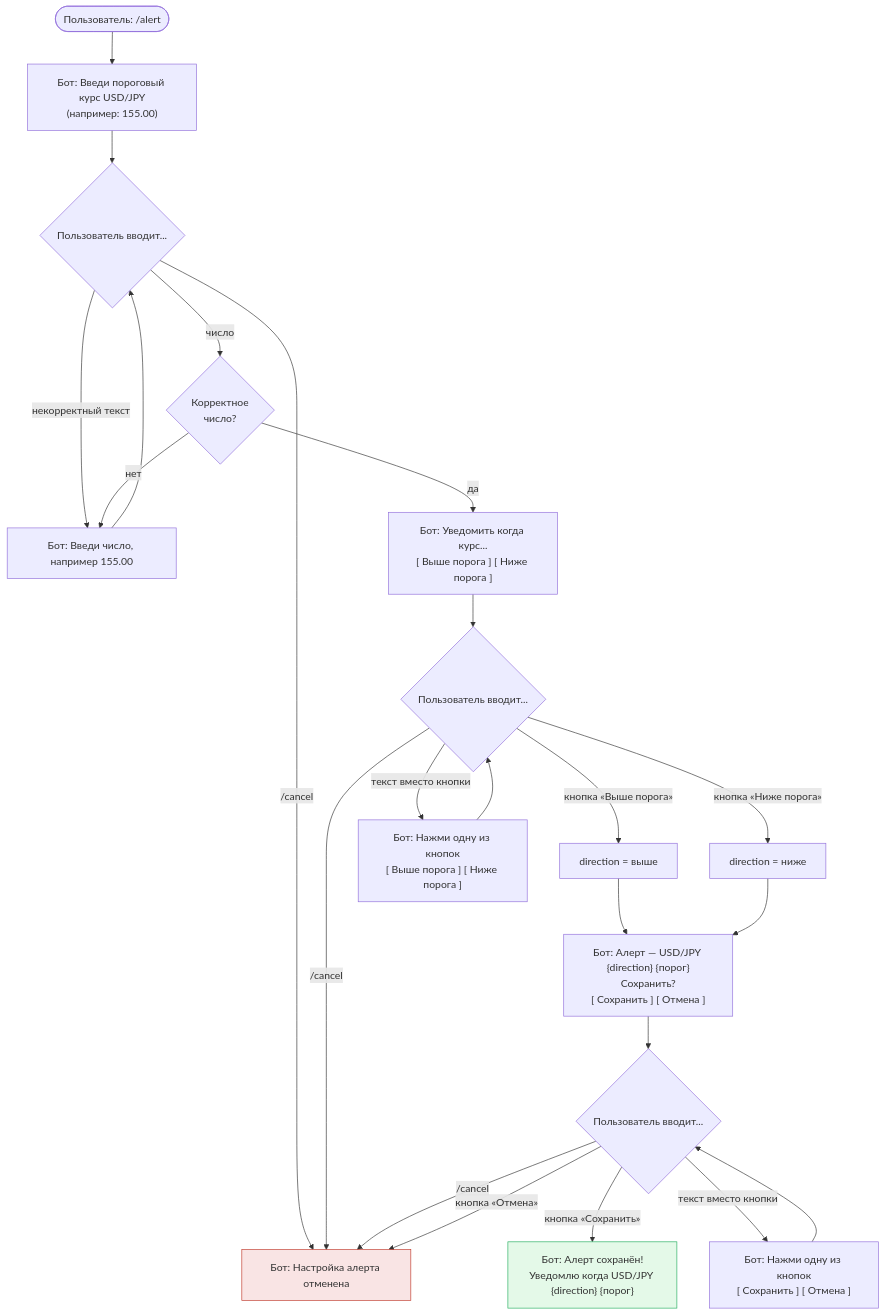
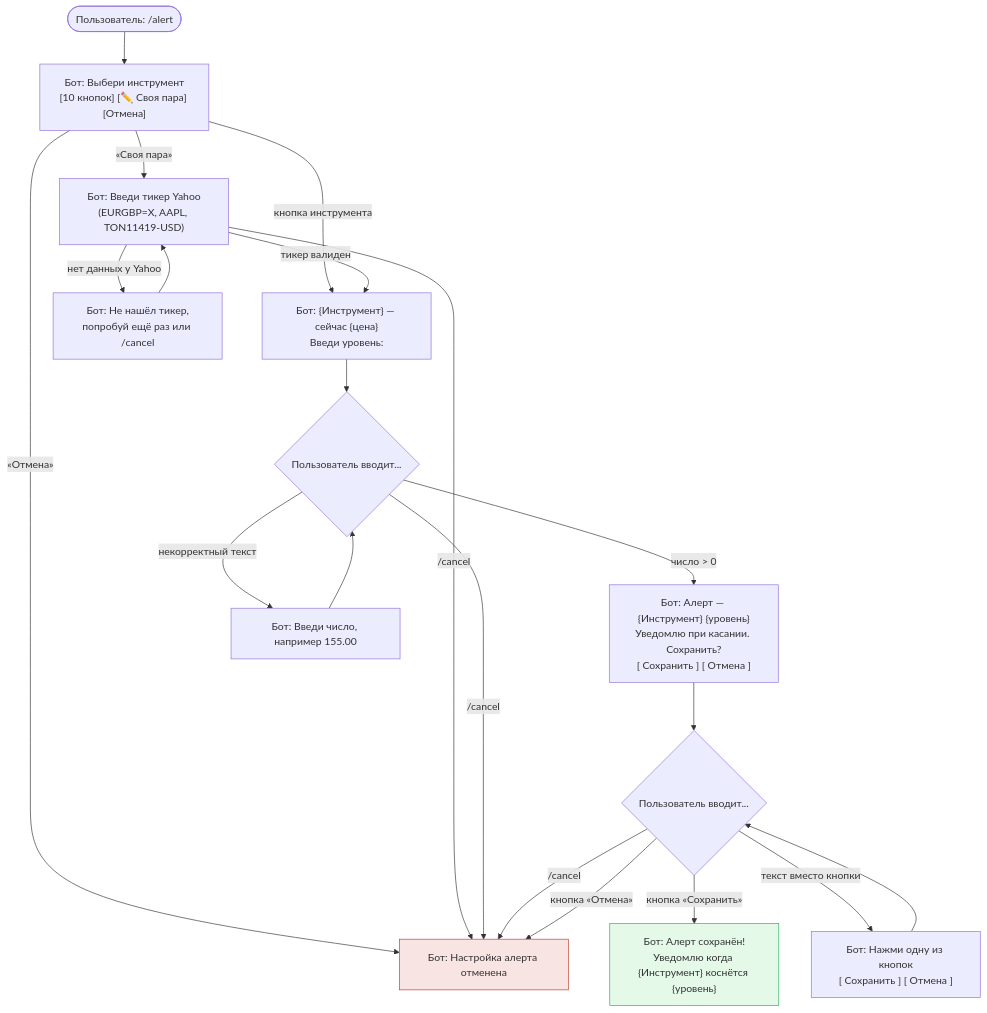
The diagram in схема-алерт.md (Shanya111/iron-wake), drawn with Mermaid before and after one commit. The commit also changed other lines of this file and 7 other files, not shown here.

````diff
--- a/схема-алерт.md
+++ b/схема-алерт.md
@@ -3,43 +7,39 @@
 ```mermaid
 flowchart TD
     START(["Пользователь: /alert"])
 
-    START --> ASK_RATE["Бот: Введи пороговый курс USD/JPY\n(например: 155.00)"]
+    START --> ASK_PAIR["Бот: Выбери инструмент\n[10 кнопок] [✏️ Своя пара] [Отмена]"]
 
-    ASK_RATE --> INPUT_RATE{Пользователь вводит...}
+    ASK_PAIR -->|«Отмена»| CANCELLED["Бот: Настройка алерта отменена"]
+    ASK_PAIR -->|кнопка инструмента| SHOW_PRICE
+    ASK_PAIR -->|«Своя пара»| ASK_TICKER["Бот: Введи тикер Yahoo\n(EURGBP=X, AAPL, TON11419-USD)"]
 
-    INPUT_RATE -->|"/cancel"| CANCELLED["Бот: Настройка алерта отменена"]
-    INPUT_RATE -->|число| VALIDATE{Корректное\nчисло?}
+    ASK_TICKER -->|"/cancel"| CANCELLED
+    ASK_TICKER -->|тикер валиден| SHOW_PRICE
+    ASK_TICKER -->|нет данных у Yahoo| ERR_TICKER["Бот: Не нашёл тикер,\nпопробуй ещё раз или /cancel"]
+    ERR_TICKER --> ASK_TICKER
+
+    SHOW_PRICE["Бот: {Инструмент} — сейчас {цена}\nВведи уровень:"]
+    SHOW_PRICE --> INPUT_RATE{Пользователь вводит...}
+
+    INPUT_RATE -->|"/cancel"| CANCELLED
+    INPUT_RATE -->|число > 0| CONFIRM
     INPUT_RATE -->|некорректный текст| ERR_RATE["Бот: Введи число, например 155.00"]
     ERR_RATE --> INPUT_RATE
 
-    VALIDATE -->|нет| ERR_RATE
-    VALIDATE -->|да| ASK_DIR["Бот: Уведомить когда курс...\n[ Выше порога ] [ Ниже порога ]"]
-
-    ASK_DIR --> INPUT_DIR{Пользователь вводит...}
-
-    INPUT_DIR -->|"/cancel"| CANCELLED
-    INPUT_DIR -->|кнопка «Выше порога»| DIR_ABOVE["direction = выше"]
-    INPUT_DIR -->|кнопка «Ниже порога»| DIR_BELOW["direction = ниже"]
-    INPUT_DIR -->|текст вместо кнопки| ERR_DIR["Бот: Нажми одну из кнопок\n[ Выше порога ] [ Ниже порога ]"]
-    ERR_DIR --> INPUT_DIR
-
-    DIR_ABOVE --> CONFIRM
-    DIR_BELOW --> CONFIRM
-
-    CONFIRM["Бот: Алерт — USD/JPY {direction} {порог}\nСохранить?\n[ Сохранить ] [ Отмена ]"]
+    CONFIRM["Бот: Алерт — {Инструмент} {уровень}\nУведомлю при касании. Сохранить?\n[ Сохранить ] [ Отмена ]"]
 
     CONFIRM --> INPUT_CONFIRM{Пользователь вводит...}
 
     INPUT_CONFIRM -->|"/cancel"| CANCELLED
-    INPUT_CONFIRM -->|кнопка «Сохранить»| SAVED["Бот: Алерт сохранён!\nУведомлю когда USD/JPY {direction} {порог}"]
+    INPUT_CONFIRM -->|кнопка «Сохранить»| SAVED["Бот: Алерт сохранён!\nУведомлю когда {Инструмент} коснётся {уровень}"]
     INPUT_CONFIRM -->|кнопка «Отмена»| CANCELLED
     INPUT_CONFIRM -->|текст вместо кнопки| ERR_CONFIRM["Бот: Нажми одну из кнопок\n[ Сохранить ] [ Отмена ]"]
     ERR_CONFIRM --> INPUT_CONFIRM
 
     CANCELLED:::cancel
     SAVED:::success
 
     classDef cancel fill:#f9e4e4,stroke:#c0392b,color:#333
     classDef success fill:#e4f9e8,stroke:#27ae60,color:#333
 ```
````
